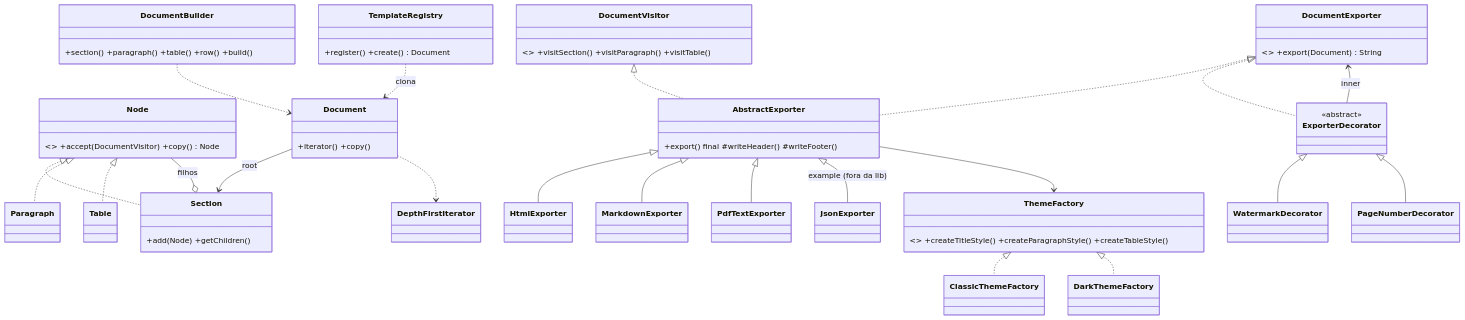
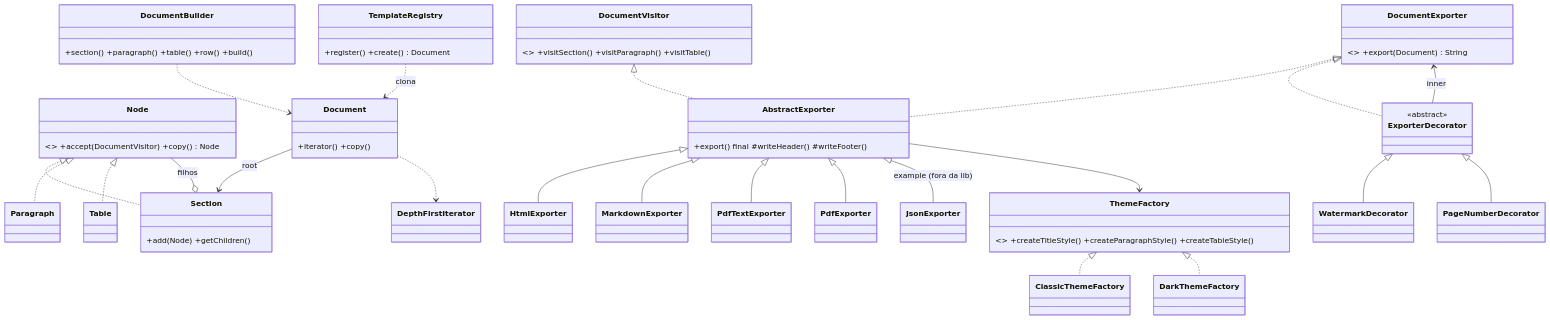
One commit to JoaoVictorCarvalho07/dp-projeto-final-docs changed the diagram in docs/patterns.md. Above: the diagram before and after it, drawn with Mermaid. The commit also changed other lines of this file and 1 other file, not shown here.

Commit message:
atualiza docs com o PdfExporter

````diff
--- a/docs/patterns.md
+++ b/docs/patterns.md
@@ -120,36 +121,37 @@
 ```mermaid
 classDiagram
     class Node { <<interface>> +accept(DocumentVisitor) +copy() Node }
     class Section { +add(Node) +getChildren() }
     class Paragraph
     class Table
     Node <|.. Section
     Node <|.. Paragraph
     Node <|.. Table
     Section o-- Node : filhos
     class Document { +iterator() +copy() }
     Document --> Section : root
     Document ..> DepthFirstIterator
     class DocumentBuilder { +section() +paragraph() +table() +row() +build() }
     DocumentBuilder ..> Document
     class DocumentVisitor { <<interface>> +visitSection() +visitParagraph() +visitTable() }
     class DocumentExporter { <<interface>> +export(Document) String }
     class AbstractExporter { +export() final #writeHeader() #writeFooter() }
     DocumentVisitor <|.. AbstractExporter
     DocumentExporter <|.. AbstractExporter
     AbstractExporter <|-- HtmlExporter
     AbstractExporter <|-- MarkdownExporter
     AbstractExporter <|-- PdfTextExporter
+    AbstractExporter <|-- PdfExporter
     AbstractExporter <|-- JsonExporter : example (fora da lib)
     AbstractExporter --> ThemeFactory
     class ThemeFactory { <<interface>> +createTitleStyle() +createParagraphStyle() +createTableStyle() }
     ThemeFactory <|.. ClassicThemeFactory
     ThemeFactory <|.. DarkThemeFactory
     class ExporterDecorator { <<abstract>> }
     DocumentExporter <|.. ExporterDecorator
     ExporterDecorator --> DocumentExporter : inner
     ExporterDecorator <|-- WatermarkDecorator
     ExporterDecorator <|-- PageNumberDecorator
     class TemplateRegistry { +register() +create() Document }
     TemplateRegistry ..> Document : clona
 ```
````
